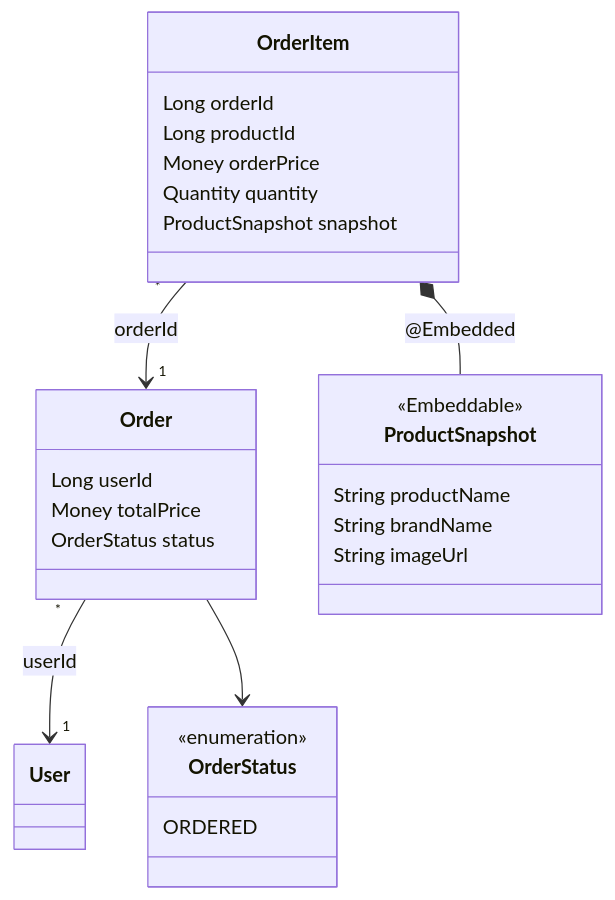
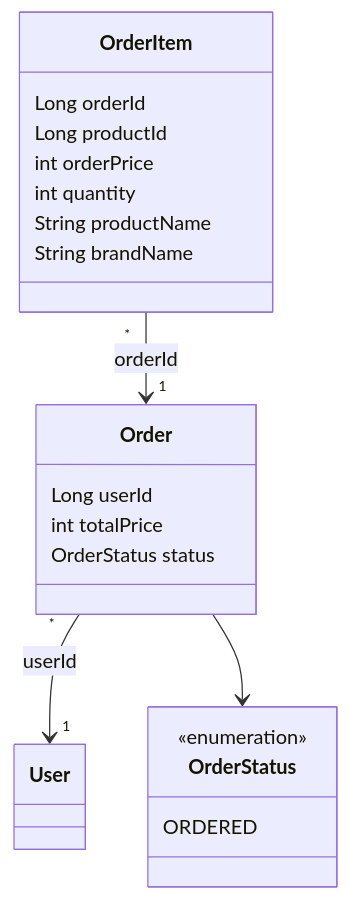
Before and after one commit to plan11plan/loop-pack-be-l2-vol3-java: the second of 3 diagrams in docs/design/order/DESIGN.md, drawn with Mermaid. The commit also changed other lines of this file and 4 other files, not shown here.

````diff
--- a/docs/design/order/DESIGN.md
+++ b/docs/design/order/DESIGN.md
@@ -142,33 +142,26 @@
 ```mermaid
 classDiagram
     class Order {
         Long userId
-        Money totalPrice
+        int totalPrice
         OrderStatus status
     }
 
     class OrderItem {
         Long orderId
         Long productId
-        Money orderPrice
-        Quantity quantity
-        ProductSnapshot snapshot
-    }
-
-    class ProductSnapshot {
-        <<Embeddable>>
+        int orderPrice
+        int quantity
         String productName
         String brandName
-        String imageUrl
     }
 
     class OrderStatus {
         <<enumeration>>
         ORDERED
     }
 
     Order "*" --> "1" User : userId
     OrderItem "*" --> "1" Order : orderId
-    OrderItem *-- ProductSnapshot : @Embedded
     Order --> OrderStatus
 ```
````
